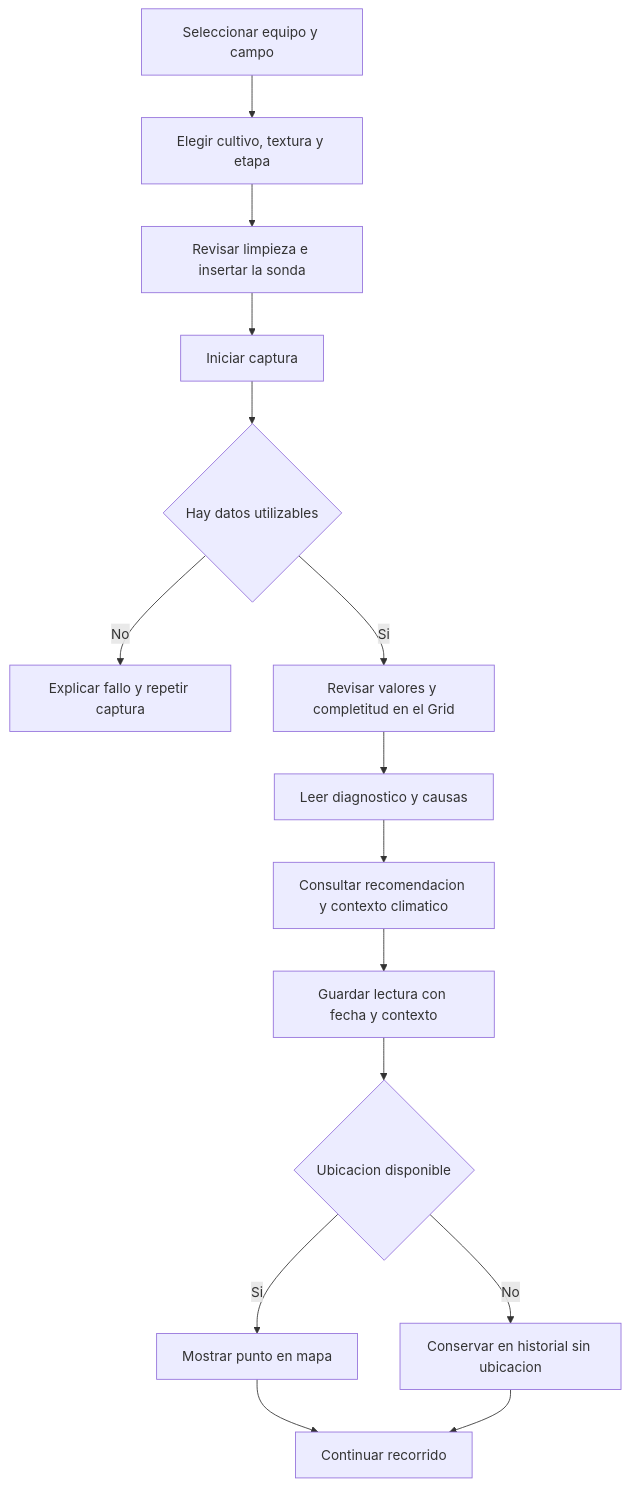
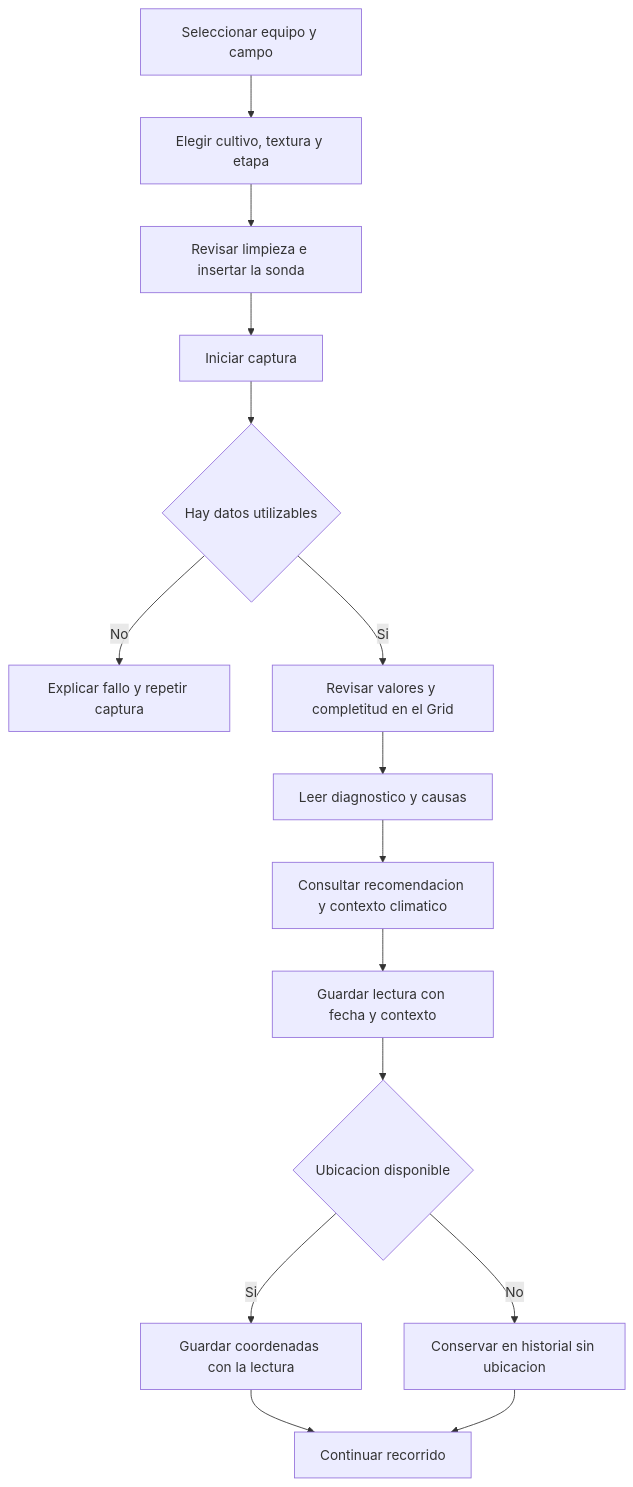
The seventh of 11 diagrams in docs/INFORME 1 .docx.md (Alvarinhoooo7/TerraSence), drawn with Mermaid before and after one commit. The commit also changed other lines of this file and 80 other files, not shown here.

````diff
--- a/docs/INFORME 1 .docx.md
+++ b/docs/INFORME 1 .docx.md
@@ -1275,17 +1275,17 @@
 ```mermaid
 flowchart TD
     A[Seleccionar equipo y campo] --> B[Elegir cultivo, textura y etapa]
     B --> C[Revisar limpieza e insertar la sonda]
     C --> D[Iniciar captura]
     D --> E{Hay datos utilizables}
     E -->|No| F[Explicar fallo y repetir captura]
     E -->|Si| G[Revisar valores y completitud en el Grid]
     G --> H[Leer diagnostico y causas]
     H --> I[Consultar recomendacion y contexto climatico]
     I --> J[Guardar lectura con fecha y contexto]
     J --> K{Ubicacion disponible}
-    K -->|Si| L[Mostrar punto en mapa]
+    K -->|Si| L[Guardar coordenadas con la lectura]
     K -->|No| M[Conservar en historial sin ubicacion]
     L --> N[Continuar recorrido]
     M --> N
 ```
````
